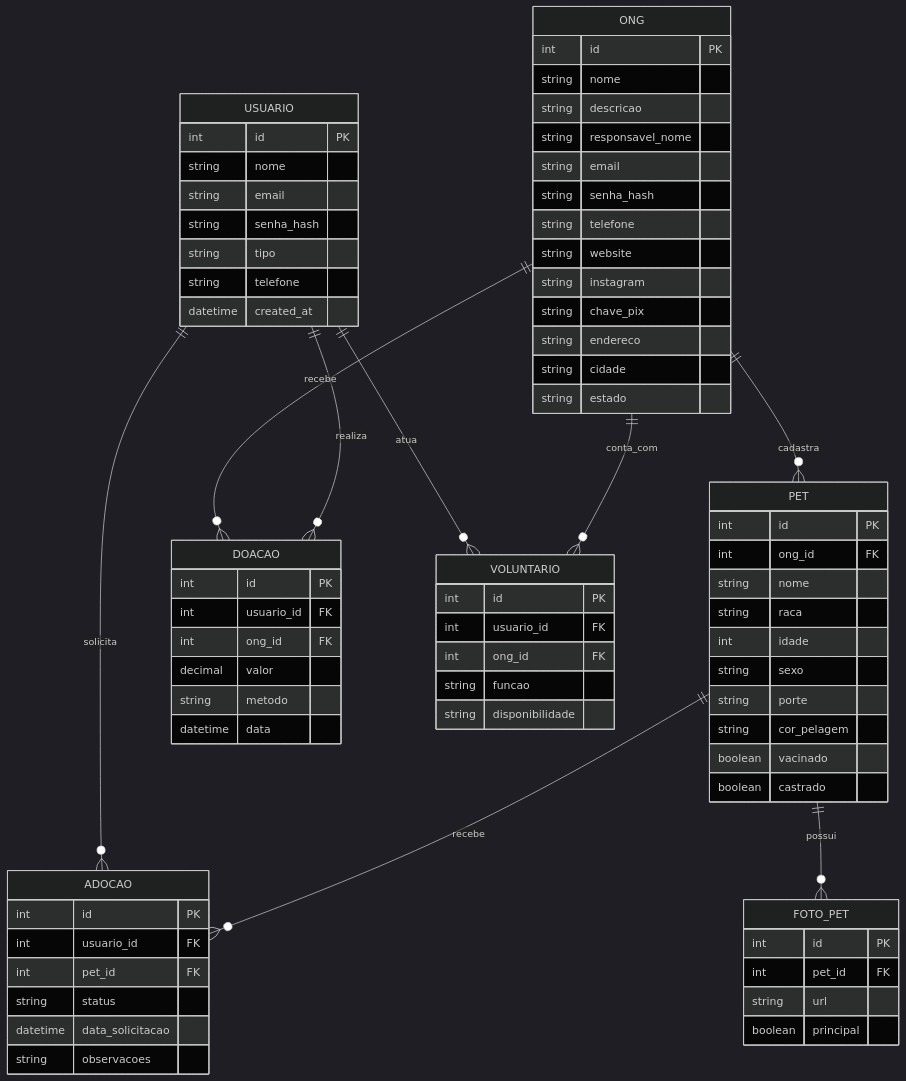
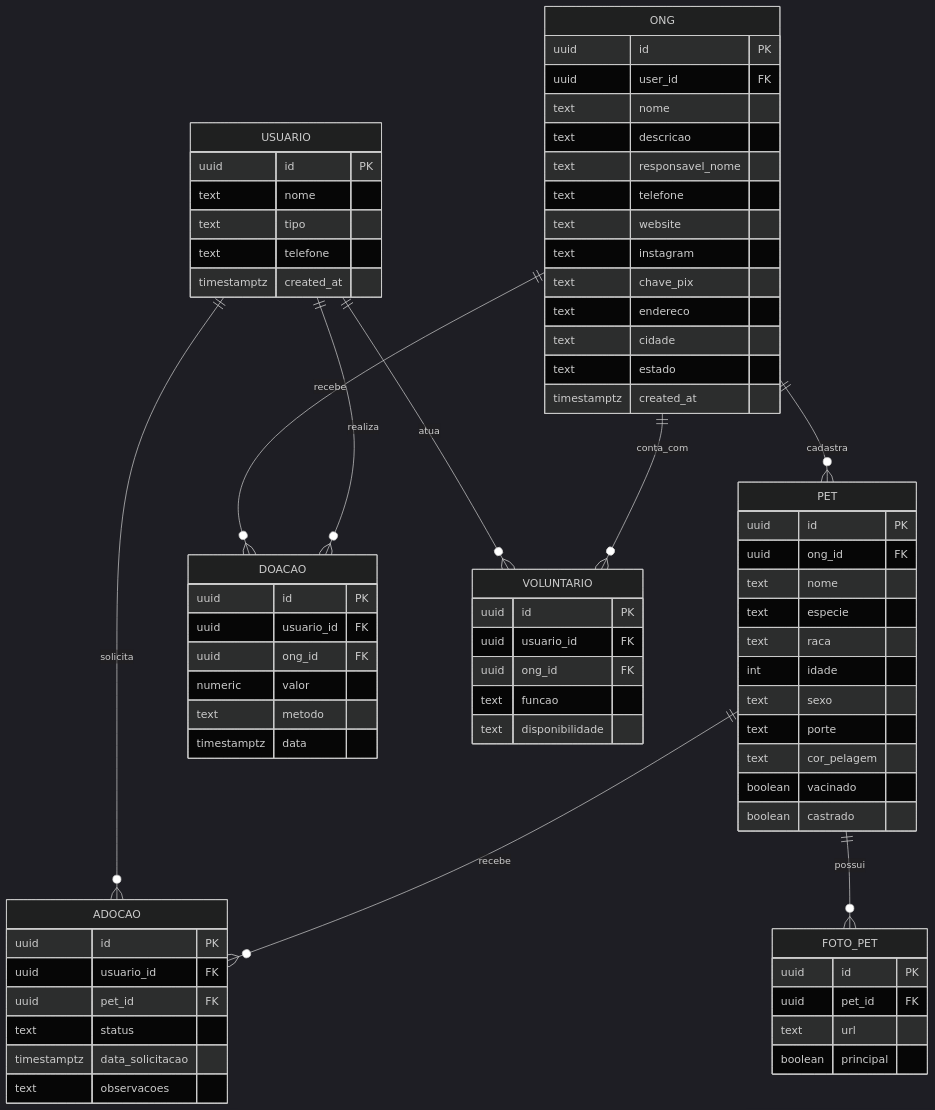
Before and after one commit to thaylonkkjjk/elopetss: the diagram in README.md, drawn with Mermaid (dark theme). The commit also changed other lines of this file, not shown here.

````diff
--- a/README.md
+++ b/README.md
@@ -196,77 +200,76 @@
 ```mermaid
 erDiagram
     USUARIO ||--o{ ADOCAO : solicita
     PET ||--o{ ADOCAO : recebe
     ONG ||--o{ PET : cadastra
     ONG ||--o{ DOACAO : recebe
     USUARIO ||--o{ DOACAO : realiza
     PET ||--o{ FOTO_PET : possui
     USUARIO ||--o{ VOLUNTARIO : atua
     ONG ||--o{ VOLUNTARIO : conta_com
 
     USUARIO {
-        int id PK
-        string nome
-        string email
-        string senha_hash
-        string tipo
-        string telefone
-        datetime created_at
+        uuid id PK
+        text nome
+        text tipo
+        text telefone
+        timestamptz created_at
     }
     ONG {
-        int id PK
-        string nome
-        string descricao
-        string responsavel_nome
-        string email
-        string senha_hash
-        string telefone
-        string website
-        string instagram
-        string chave_pix
-        string endereco
-        string cidade
-        string estado
+        uuid id PK
+        uuid user_id FK
+        text nome
+        text descricao
+        text responsavel_nome
+        text telefone
+        text website
+        text instagram
+        text chave_pix
+        text endereco
+        text cidade
+        text estado
+        timestamptz created_at
     }
     PET {
-        int id PK
-        int ong_id FK
-        string nome
-        string raca
+        uuid id PK
+        uuid ong_id FK
+        text nome
+        text especie
+        text raca
         int idade
-        string sexo
-        string porte
-        string cor_pelagem
+        text sexo
+        text porte
+        text cor_pelagem
         boolean vacinado
         boolean castrado
     }
     ADOCAO {
-        int id PK
-        int usuario_id FK
-        int pet_id FK
-        string status
-        datetime data_solicitacao
-        string observacoes
+        uuid id PK
+        uuid usuario_id FK
+        uuid pet_id FK
+        text status
+        timestamptz data_solicitacao
+        text observacoes
     }
     DOACAO {
-        int id PK
-        int usuario_id FK
-        int ong_id FK
-        decimal valor
-        string metodo
-        datetime data
+        uuid id PK
+        uuid usuario_id FK
+        uuid ong_id FK
+        numeric valor
+        text metodo
+        timestamptz data
     }
     FOTO_PET {
-        int id PK
-        int pet_id FK
-        string url
+        uuid id PK
+        uuid pet_id FK
+        text url
         boolean principal
     }
     VOLUNTARIO {
-        int id PK
-        int usuario_id FK
-        int ong_id FK
-        string funcao
-        string disponibilidade
+        uuid id PK
+        uuid usuario_id FK
+        uuid ong_id FK
+        text funcao
+        text disponibilidade
     }
 ```
````
